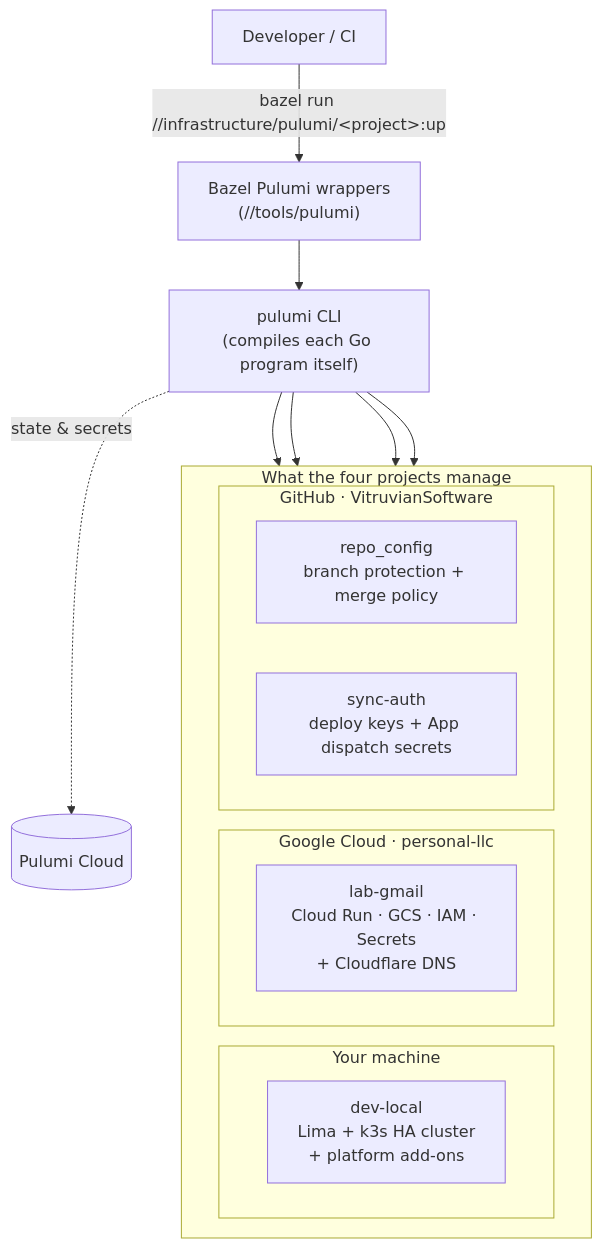
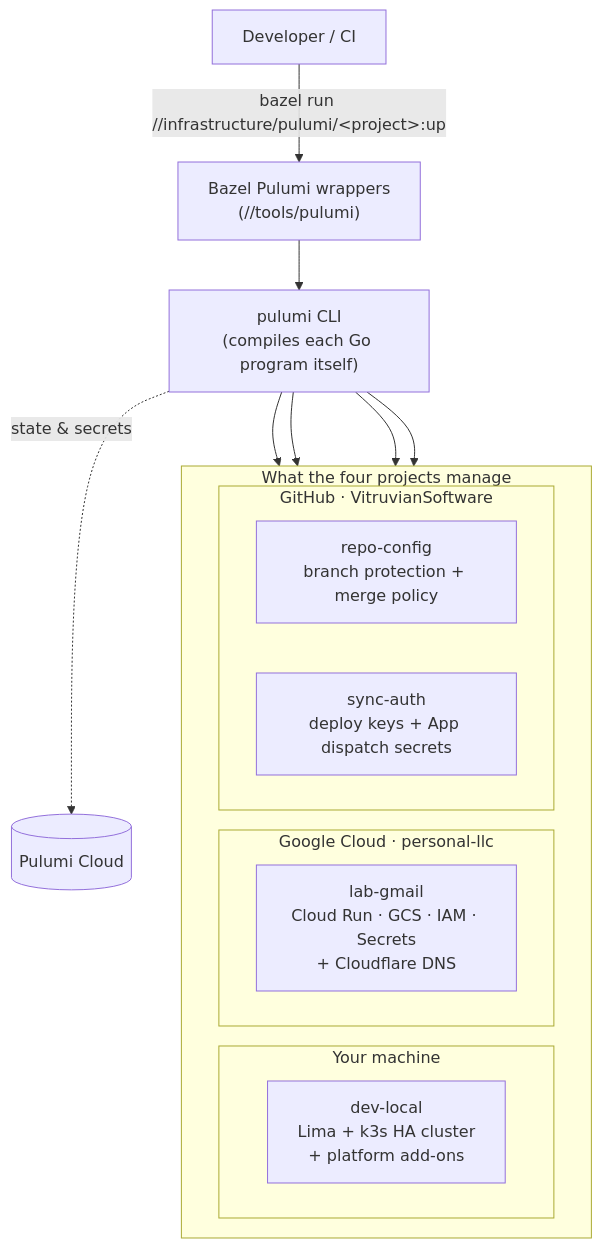
One commit to VitruvianSoftware/vitruvian-core changed the diagram in docs/infrastructure/index.md. Above: the diagram before and after it, drawn with Mermaid. The commit also changed other lines of this file and 301 other files, not shown here.

````diff
--- a/docs/infrastructure/index.md
+++ b/docs/infrastructure/index.md
@@ -41,26 +41,26 @@
 ```mermaid
 flowchart TB
     dev["Developer / CI"] -->|"bazel run //infrastructure/pulumi/&lt;project&gt;:up"| wrap["Bazel Pulumi wrappers<br/>(//tools/pulumi)"]
     wrap --> pulumi["pulumi CLI<br/>(compiles each Go program itself)"]
 
     subgraph targets["What the four projects manage"]
       direction LR
       subgraph local["Your machine"]
         k3s["dev-local<br/>Lima + k3s HA cluster<br/>+ platform add-ons"]
       end
       subgraph gcp["Google Cloud · personal-llc"]
         gcprun["lab-gmail<br/>Cloud Run · GCS · IAM · Secrets<br/>+ Cloudflare DNS"]
       end
       subgraph gh["GitHub · VitruvianSoftware"]
-        repocfg["repo_config<br/>branch protection + merge policy"]
+        repocfg["repo-config<br/>branch protection + merge policy"]
         syncauth["sync-auth<br/>deploy keys + App dispatch secrets"]
       end
     end
 
     pulumi --> k3s
     pulumi --> gcprun
     pulumi --> repocfg
     pulumi --> syncauth
 
     pulumi -. "state &amp; secrets" .-> state[("Pulumi Cloud")]
 ```
````
